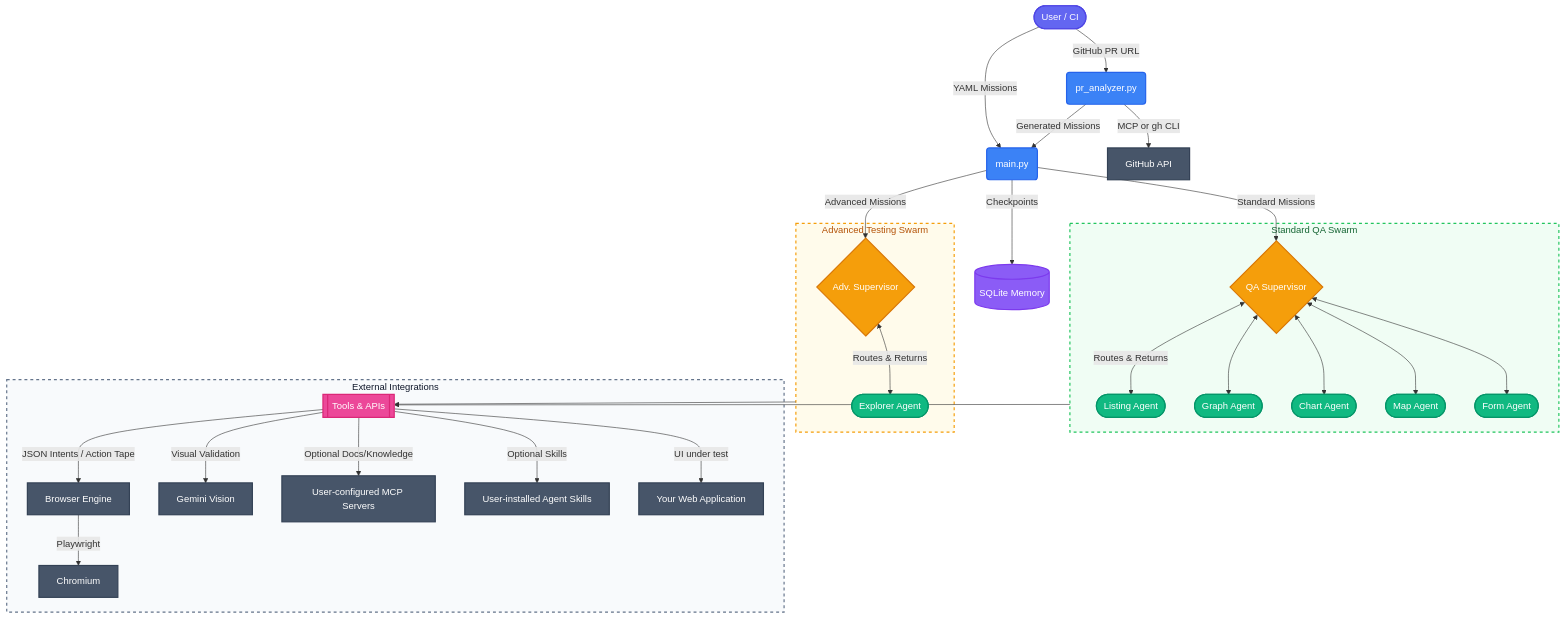
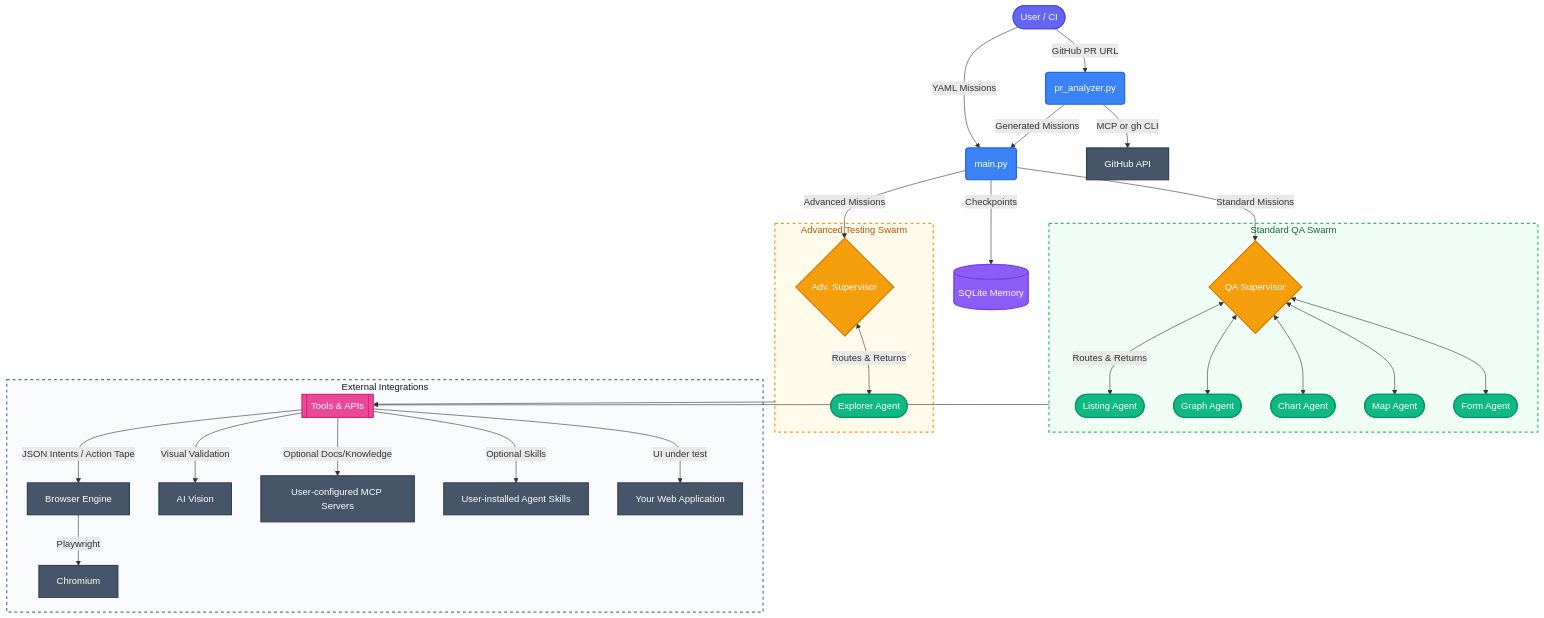
One commit to srbarrios/agentic-test-explorer changed the diagram in README.md. Above: the diagram before and after it, drawn with Mermaid. The commit also changed other lines of this file and 14 other files, not shown here.

````diff
--- a/README.md
+++ b/README.md
@@ -26,47 +27,47 @@
 ```mermaid
 graph TD
     classDef user fill:#6366f1,stroke:#4f46e5,stroke-width:2px,color:#fff;
     classDef core fill:#3b82f6,stroke:#2563eb,stroke-width:2px,color:#fff;
     classDef supervisor fill:#f59e0b,stroke:#d97706,stroke-width:2px,color:#fff;
     classDef agent fill:#10b981,stroke:#059669,stroke-width:2px,color:#fff;
     classDef db fill:#8b5cf6,stroke:#7c3aed,stroke-width:2px,color:#fff;
     classDef tool fill:#ec4899,stroke:#db2777,stroke-width:2px,color:#fff;
     classDef external fill:#475569,stroke:#334155,stroke-width:2px,color:#fff;
 
     User([User / CI]):::user -->|YAML Missions| Main(main.py):::core
     User -->|GitHub PR URL| PR(pr_analyzer.py):::core
     PR -->|MCP or gh CLI| GH[GitHub API]:::external
     PR -->|Generated Missions| Main
 
     Main -->|Standard Missions| S_Supervisor{QA Supervisor}:::supervisor
     Main -->|Advanced Missions| A_Supervisor{Adv. Supervisor}:::supervisor
     Main -->|Checkpoints| DB[(SQLite Memory)]:::db
 
     subgraph SQA [Standard QA Swarm]
         S_Supervisor <-->|Routes & Returns| S_List([Listing Agent]):::agent
         S_Supervisor <--> S_Graph([Graph Agent]):::agent
         S_Supervisor <--> S_Chart([Chart Agent]):::agent
         S_Supervisor <--> S_Map([Map Agent]):::agent
         S_Supervisor <--> S_Form([Form Agent]):::agent
     end
 
     subgraph ATS [Advanced Testing Swarm]
         A_Supervisor <-->|Routes & Returns| A_Explorer([Explorer Agent]):::agent
     end
 
     SQA --> Tools[[Tools & APIs]]:::tool
     ATS --> Tools
 
     subgraph Integrations [External Integrations]
         Tools -->|JSON Intents / Action Tape| Engine[Browser Engine]:::external
         Engine -->|Playwright| PW[Chromium]:::external
-        Tools -->|Visual Validation| Vision[Gemini Vision]:::external
+        Tools -->|Visual Validation| Vision[AI Vision]:::external
         Tools -->|Optional Docs/Knowledge| MCP[User-configured MCP Servers]:::external
         Tools -->|Optional Skills| Skills[User-installed Agent Skills]:::external
         Tools -->|UI under test| WebApp[Your Web Application]:::external
     end
 
     style SQA fill:#f0fdf4,stroke:#22c55e,stroke-width:2px,stroke-dasharray: 5 5,color:#166534
     style ATS fill:#fffbeb,stroke:#f59e0b,stroke-width:2px,stroke-dasharray: 5 5,color:#b45309
     style Integrations fill:#f8fafc,stroke:#64748b,stroke-width:2px,stroke-dasharray: 5 5,color:#0f172a
 ```
````
